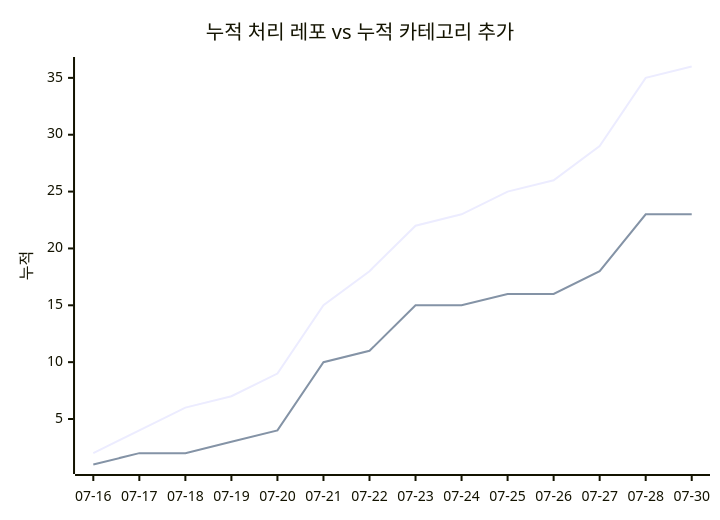
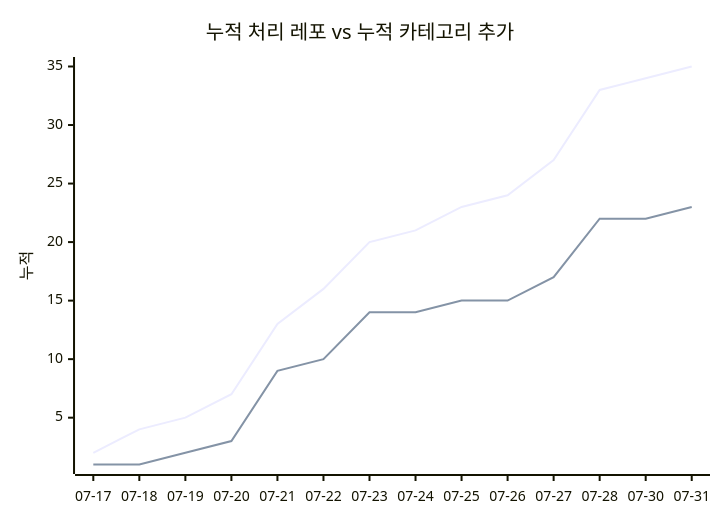
The second of 2 diagrams in docs/trends.md (J-nowcow/awesome-korean-agent-skills), drawn with Mermaid before and after one commit. The commit also changed other lines of this file and 4 other files, not shown here.

````diff
--- a/docs/trends.md
+++ b/docs/trends.md
@@ -68,8 +68,8 @@
 ```mermaid
 xychart-beta
     title "누적 처리 레포 vs 누적 카테고리 추가"
-    x-axis ["07-16","07-17","07-18","07-19","07-20","07-21","07-22","07-23","07-24","07-25","07-26","07-27","07-28","07-30"]
+    x-axis ["07-17","07-18","07-19","07-20","07-21","07-22","07-23","07-24","07-25","07-26","07-27","07-28","07-30","07-31"]
     y-axis "누적"
-    line [2,4,6,7,9,15,18,22,23,25,26,29,35,36]
-    line [1,2,2,3,4,10,11,15,15,16,16,18,23,23]
+    line [2,4,5,7,13,16,20,21,23,24,27,33,34,35]
+    line [1,1,2,3,9,10,14,14,15,15,17,22,22,23]
 ```
````
